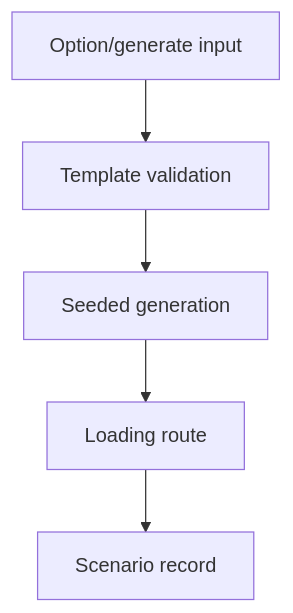
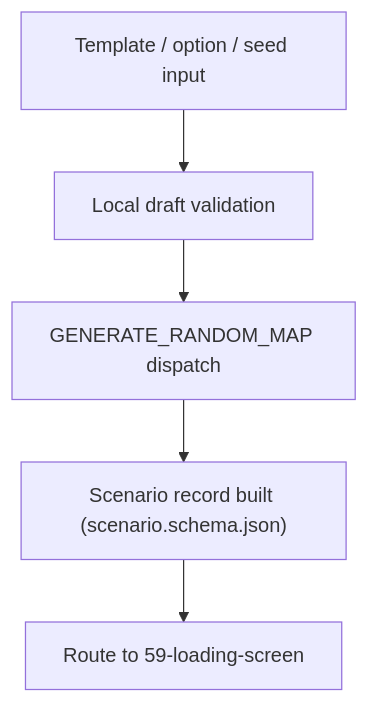
One commit to SunaNoOshiro/Heroes_Reforged_AI_Realms changed the third of 5 diagrams in docs/architecture/wiki/screens/06-random-map-setup/architecture.md. Above: the diagram before and after it, drawn with Mermaid. The commit also changed other lines of this file and 518 other files, not shown here.

First line of the commit message:
Add doc-audit skill and sweep architecture/screen docs

````diff
--- a/docs/architecture/wiki/screens/06-random-map-setup/architecture.md
+++ b/docs/architecture/wiki/screens/06-random-map-setup/architecture.md
@@ -44,8 +47,7 @@
 ```mermaid
 flowchart TD
-  I0["Option/generate input"] --> I1
-  I1["Template validation"] --> I2
-  I2["Seeded generation"] --> I3
-  I3["Loading route"] --> I4
-  I4["Scenario record"]
+  I0["Template / option / seed input"] --> I1["Local draft validation"]
+  I1 --> I2["GENERATE_RANDOM_MAP dispatch"]
+  I2 --> I3["Scenario record built (scenario.schema.json)"]
+  I3 --> I4["Route to 59-loading-screen"]
 ```
````
